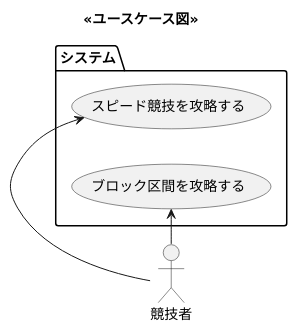
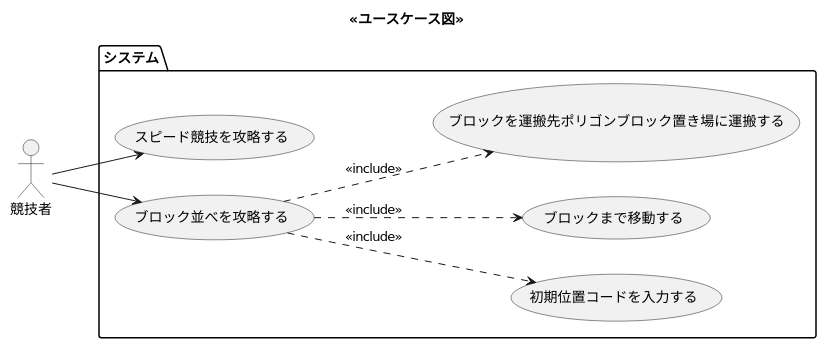
Before and after one commit to TK-R/ET2017-UML: the diagram in UseCase/ユースケース図.puml, drawn with PlantUML. The commit also changed other lines of this file and 3 other files, not shown here.

Commit message:
ユースケース図をアップデートして、フローチャートを分割

```diff
--- a/UseCase/ユースケース図.puml
+++ b/UseCase/ユースケース図.puml
@@ -3,17 +1,23 @@
 @startuml
 title << ユースケース図 >>
 
 left to right direction
 
 actor   競技者
 
 package システム {
-	usecase		スピード競技を攻略する
-	usecase		ブロック区間を攻略する
+	usecase	スピード競技を攻略する
+	usecase	ブロック並べを攻略する
+	usecase 初期位置コードを入力する
+	usecase ブロックまで移動する
+	usecase ブロックを運搬先ポリゴンブロック置き場に運搬する
 }
 
-競技者 -> スピード競技を攻略する
-競技者 -> ブロック区間を攻略する
+競技者 --> スピード競技を攻略する
+競技者 --> ブロック並べを攻略する
 
+ブロック並べを攻略する .-> 初期位置コードを入力する : <<include>>
+ブロック並べを攻略する .-> ブロックまで移動する : <<include>>
+ブロック並べを攻略する .-> ブロックを運搬先ポリゴンブロック置き場に運搬する : <<include>>
 
 @enduml
```
